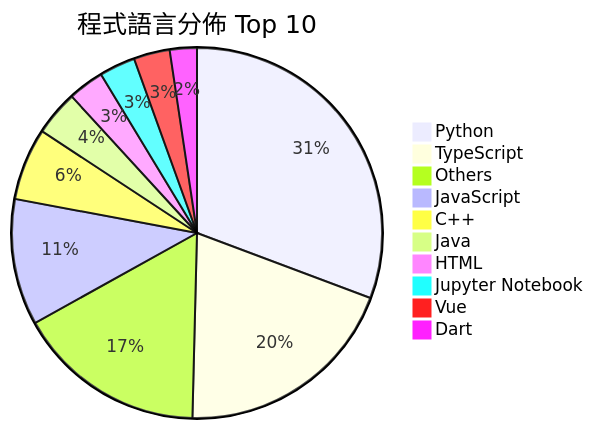
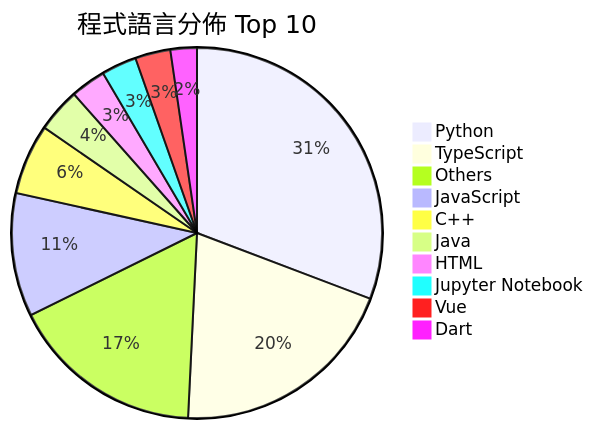
The second of 2 diagrams in README.md (Andy87877/GitHub-Star-Manager), drawn with Mermaid before and after one commit. The commit also changed other lines of this file and 14 other files, not shown here.

Commit message:
feat: implement full-stack star management system including new controllers, UI, architecture docs, and updated README stats

````diff
--- a/README.md
+++ b/README.md
@@ -27,13 +27,13 @@
 ```mermaid
 pie title 程式語言分佈 Top 10
-    "Python" : 39
-    "TypeScript" : 25
-    "Others" : 21
+    "Python" : 40
+    "TypeScript" : 26
+    "Others" : 22
     "JavaScript" : 14
     "C++" : 8
     "Java" : 5
     "HTML" : 4
     "Jupyter Notebook" : 4
     "Vue" : 4
     "Dart" : 3
 ```
````
